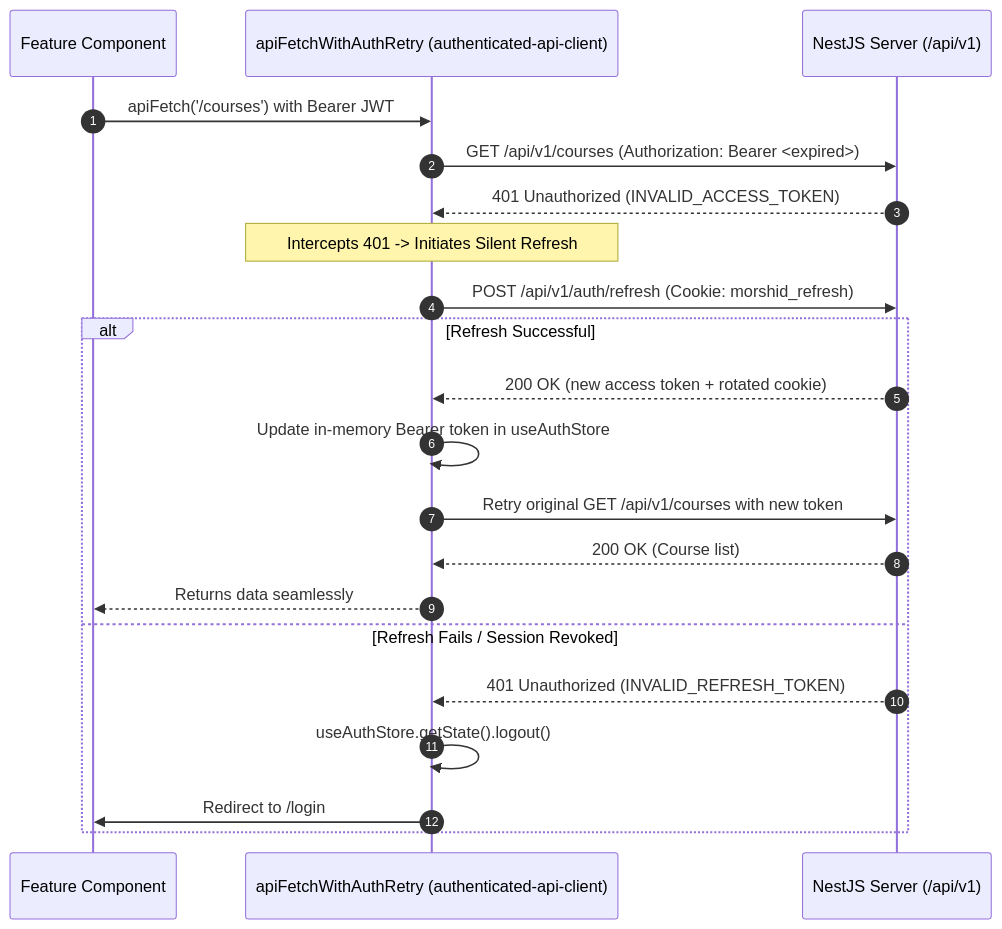
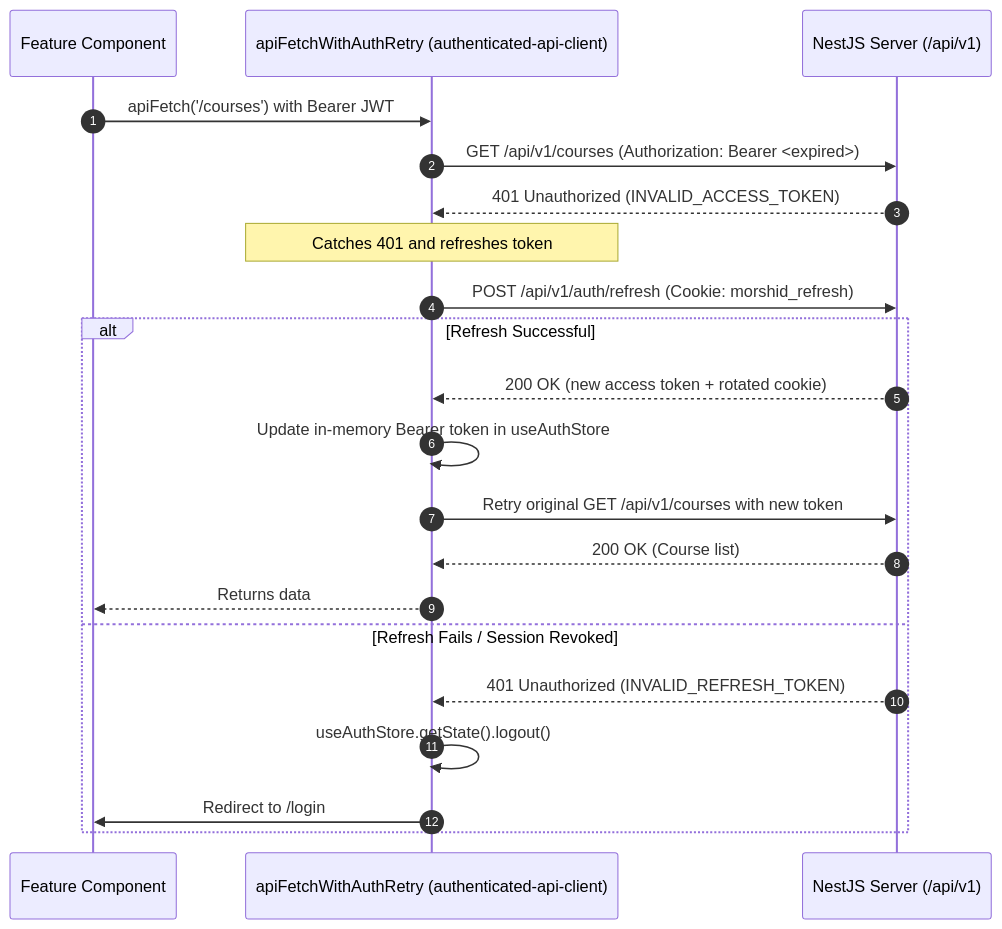
The second of 3 diagrams in docs/developer-guide/04-frontend-architecture.md (MahmoudAhmed184/Morshid), drawn with Mermaid before and after one commit. The commit also changed other lines of this file and 19 other files, not shown here.

````diff
--- a/docs/developer-guide/04-frontend-architecture.md
+++ b/docs/developer-guide/04-frontend-architecture.md
@@ -115,26 +118,26 @@
 ```mermaid
 sequenceDiagram
     autonumber
     participant UI as Feature Component
     participant Client as apiFetchWithAuthRetry (authenticated-api-client)
     participant Server as NestJS Server (/api/v1)
 
     UI->>Client: apiFetch('/courses') with Bearer JWT
     Client->>Server: GET /api/v1/courses (Authorization: Bearer <expired>)
     Server-->>Client: 401 Unauthorized (INVALID_ACCESS_TOKEN)
     
-    Note over Client: Intercepts 401 -> Initiates Silent Refresh
+    Note over Client: Catches 401 and refreshes token
     Client->>Server: POST /api/v1/auth/refresh (Cookie: morshid_refresh)
     
     alt Refresh Successful
         Server-->>Client: 200 OK (new access token + rotated cookie)
         Client->>Client: Update in-memory Bearer token in useAuthStore
         Client->>Server: Retry original GET /api/v1/courses with new token
         Server-->>Client: 200 OK (Course list)
-        Client-->>UI: Returns data seamlessly
+        Client-->>UI: Returns data
     else Refresh Fails / Session Revoked
         Server-->>Client: 401 Unauthorized (INVALID_REFRESH_TOKEN)
         Client->>Client: useAuthStore.getState().logout()
         Client->>UI: Redirect to /login
     end
 ```
````
